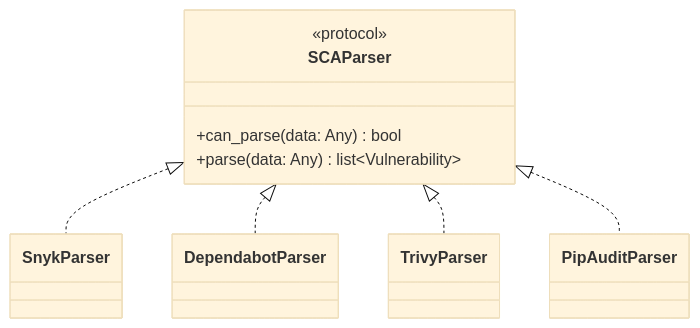
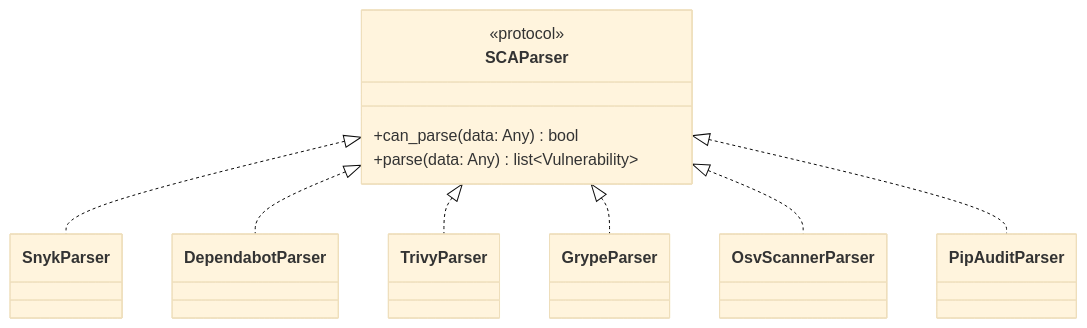
One commit to duriantaco/ca9 changed the diagram in docs/architecture/parsers.md. Above: the diagram before and after it, drawn with Mermaid (base theme). The commit also changed other lines of this file and 35 other files, not shown here.

````diff
--- a/docs/architecture/parsers.md
+++ b/docs/architecture/parsers.md
@@ -7,17 +7,21 @@
 ```mermaid
 classDiagram
     class SCAParser {
         <<protocol>>
         +can_parse(data: Any) bool
         +parse(data: Any) list~Vulnerability~
     }
     class SnykParser
     class DependabotParser
     class TrivyParser
+    class GrypeParser
+    class OsvScannerParser
     class PipAuditParser
 
     SCAParser <|.. SnykParser
     SCAParser <|.. DependabotParser
     SCAParser <|.. TrivyParser
+    SCAParser <|.. GrypeParser
+    SCAParser <|.. OsvScannerParser
     SCAParser <|.. PipAuditParser
 ```
````
